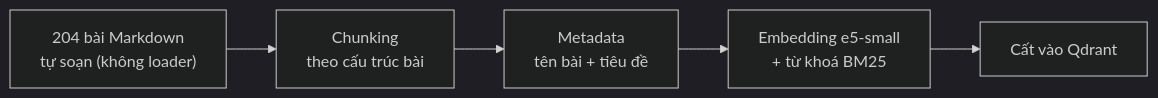
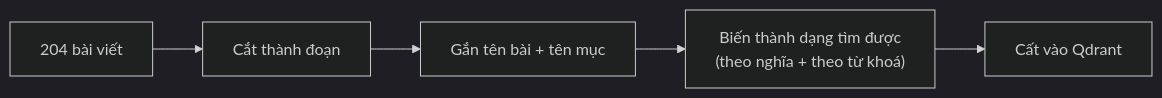
The first of 2 diagrams in bai_hoc/00_HUE_RAG_TRONG_3_PHUT.md (Sunny-sunnyy/chatbot-hue), drawn with Mermaid (dark theme) before and after one commit. The commit also changed other lines of this file and 4 other files, not shown here.

````diff
--- a/bai_hoc/00_HUE_RAG_TRONG_3_PHUT.md
+++ b/bai_hoc/00_HUE_RAG_TRONG_3_PHUT.md
@@ -34,7 +60,7 @@
 ```mermaid
 flowchart LR
-    A["204 bài Markdown<br/>tự soạn (không loader)"] --> B["Chunking<br/>theo cấu trúc bài"]
-    B --> C["Metadata<br/>tên bài + tiêu đề"]
-    C --> D["Embedding e5-small<br/>+ từ khoá BM25"]
+    A["204 bài viết"] --> B["Cắt thành đoạn"]
+    B --> C["Gắn tên bài + tên mục"]
+    C --> D["Biến thành dạng tìm được<br/>(theo nghĩa + theo từ khoá)"]
     D --> E["Cất vào Qdrant"]
 ```
````
